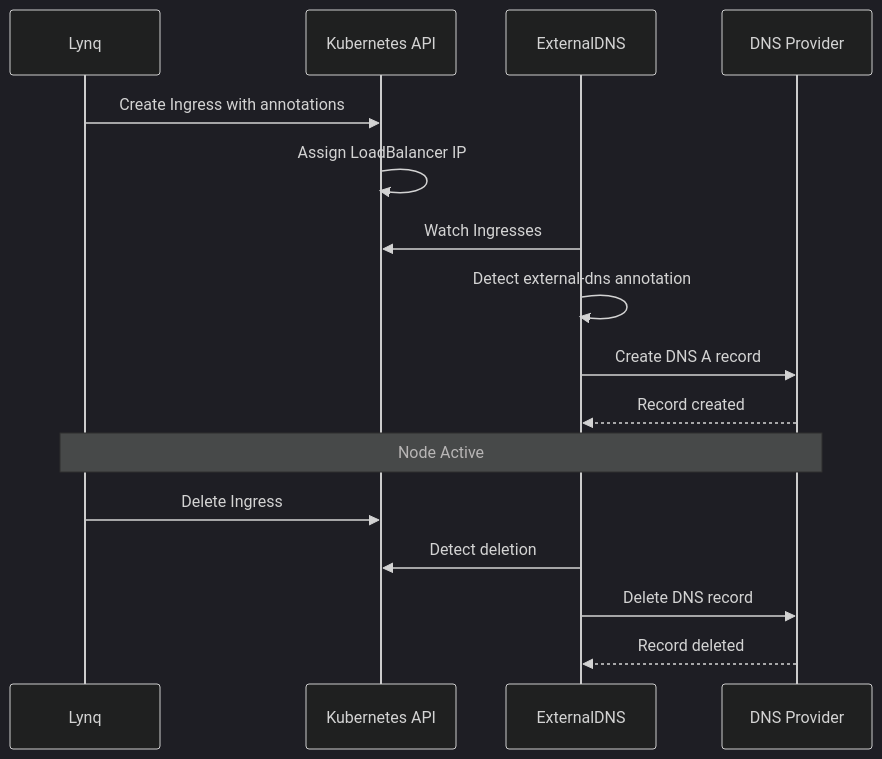
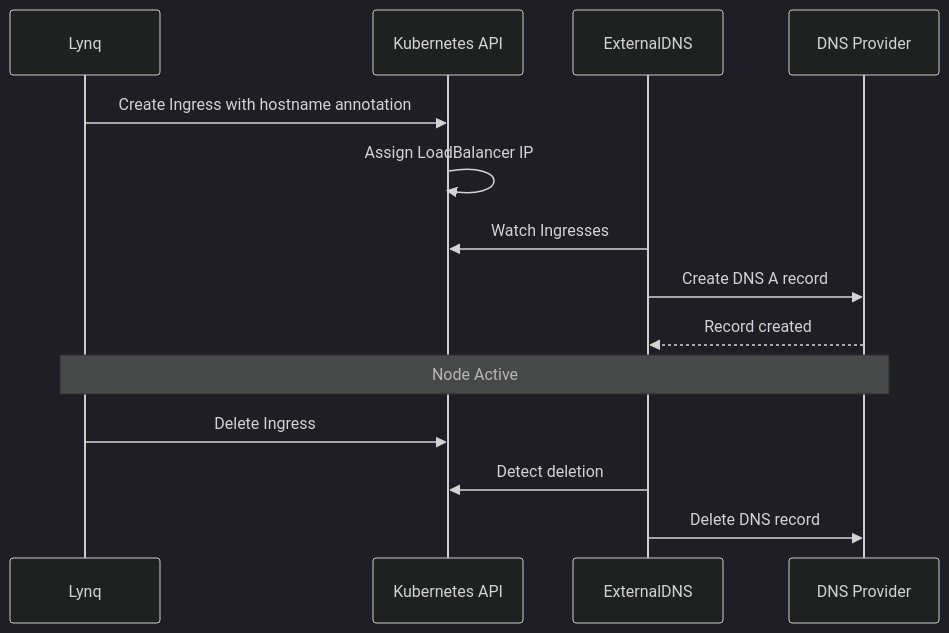
Before and after one commit to k8s-lynq/lynq: the second of 2 diagrams in docs/integration-external-dns.md, drawn with Mermaid (dark theme). The commit also changed other lines of this file and 40 other files, not shown here.

````diff
--- a/docs/integration-external-dns.md
+++ b/docs/integration-external-dns.md
@@ -217,21 +49,19 @@
 ```mermaid
 sequenceDiagram
-    participant TO as Lynq
+    participant Lynq as Lynq
     participant K8s as Kubernetes API
     participant ED as ExternalDNS
     participant DNS as DNS Provider
 
-    TO->>K8s: Create Ingress with annotations
+    Lynq->>K8s: Create Ingress with hostname annotation
     K8s->>K8s: Assign LoadBalancer IP
     ED->>K8s: Watch Ingresses
-    ED->>ED: Detect external-dns annotation
     ED->>DNS: Create DNS A record
     DNS-->>ED: Record created
 
-    Note over TO,DNS: Node Active
+    Note over Lynq,DNS: Node Active
 
-    TO->>K8s: Delete Ingress
+    Lynq->>K8s: Delete Ingress
     ED->>K8s: Detect deletion
     ED->>DNS: Delete DNS record
-    DNS-->>ED: Record deleted
 ```
````
